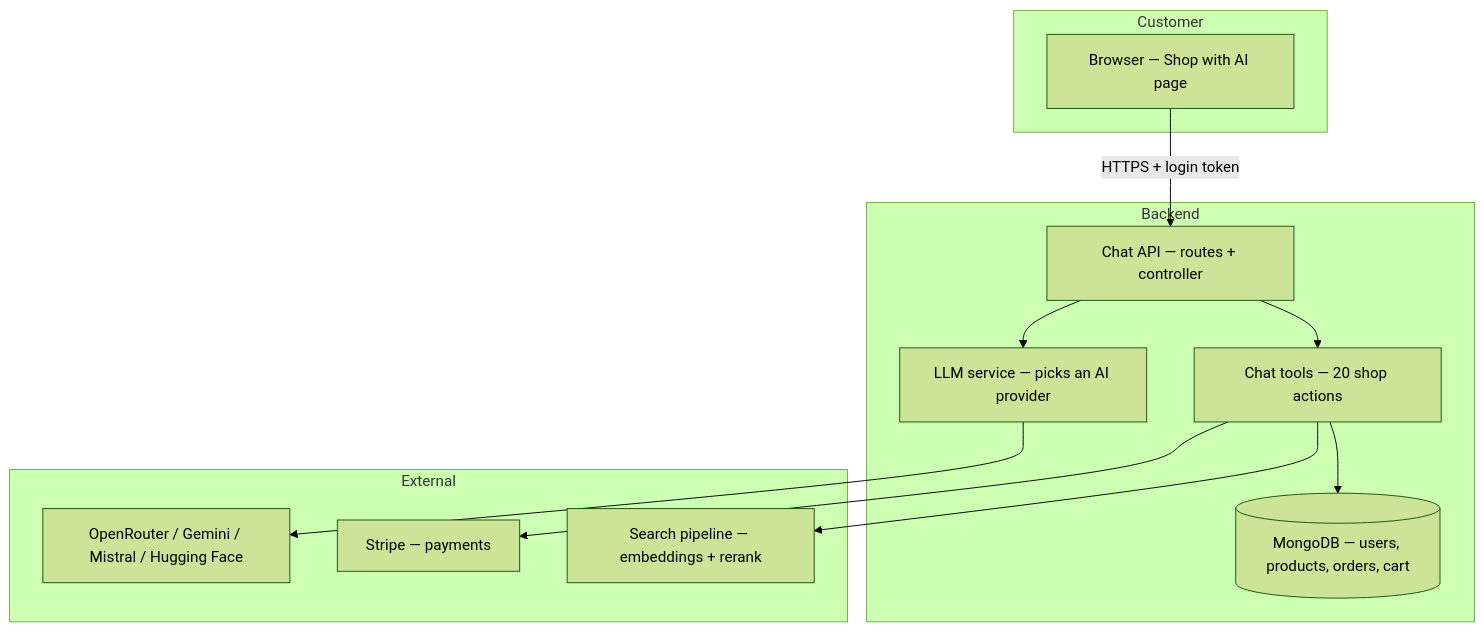
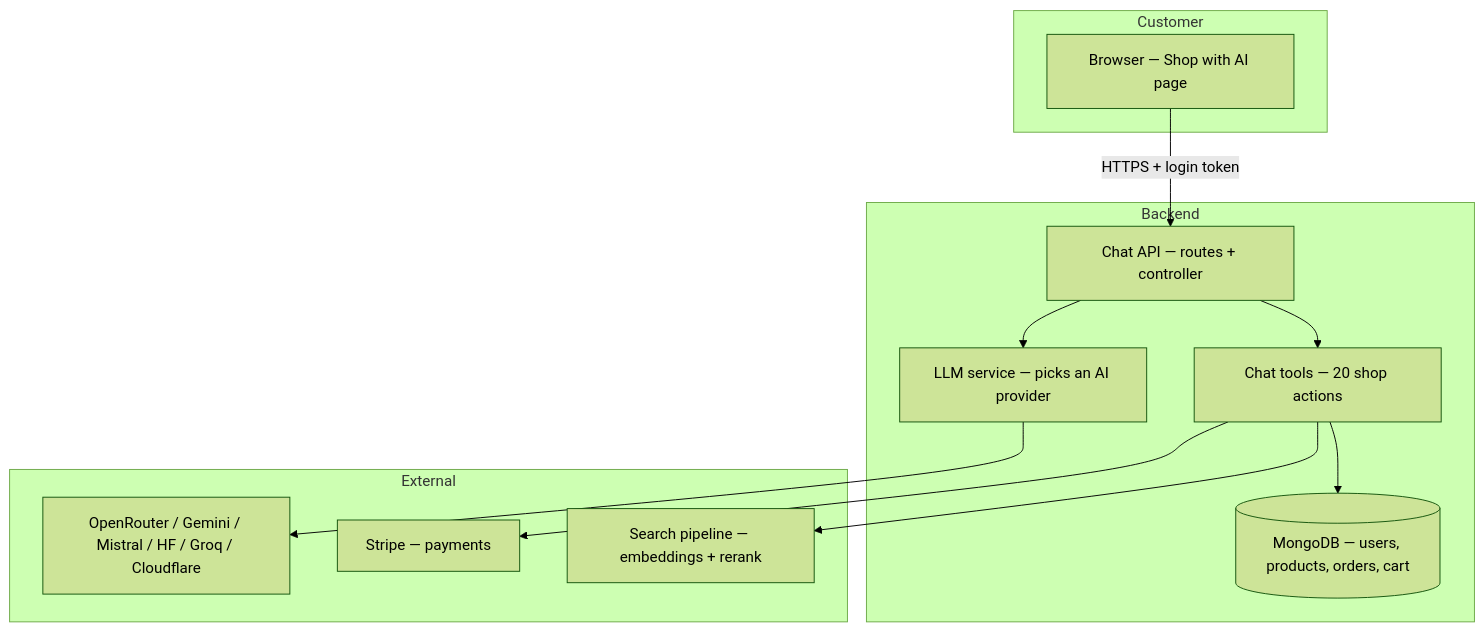
One commit to VvSdC/ShopAI changed the first of 2 diagrams in Backend/docs/Chatbot.md. Above: the diagram before and after it, drawn with Mermaid (forest theme). The commit also changed other lines of this file and 4 other files, not shown here.

````diff
--- a/Backend/docs/Chatbot.md
+++ b/Backend/docs/Chatbot.md
@@ -36,27 +36,27 @@
 ```mermaid
 flowchart TB
   subgraph Customer
     A[Browser — Shop with AI page]
   end
 
   subgraph Backend
     B[Chat API — routes + controller]
     C[LLM service — picks an AI provider]
     D[Chat tools — 20 shop actions]
     E[(MongoDB — users, products, orders, cart)]
   end
 
   subgraph External
-    F[OpenRouter / Gemini / Mistral / Hugging Face]
+    F[OpenRouter / Gemini / Mistral / HF / Groq / Cloudflare]
     G[Stripe — payments]
     H[Search pipeline — embeddings + rerank]
   end
 
   A -->|HTTPS + login token| B
   B --> C
   C --> F
   B --> D
   D --> E
   D --> H
   D --> G
 ```
````
